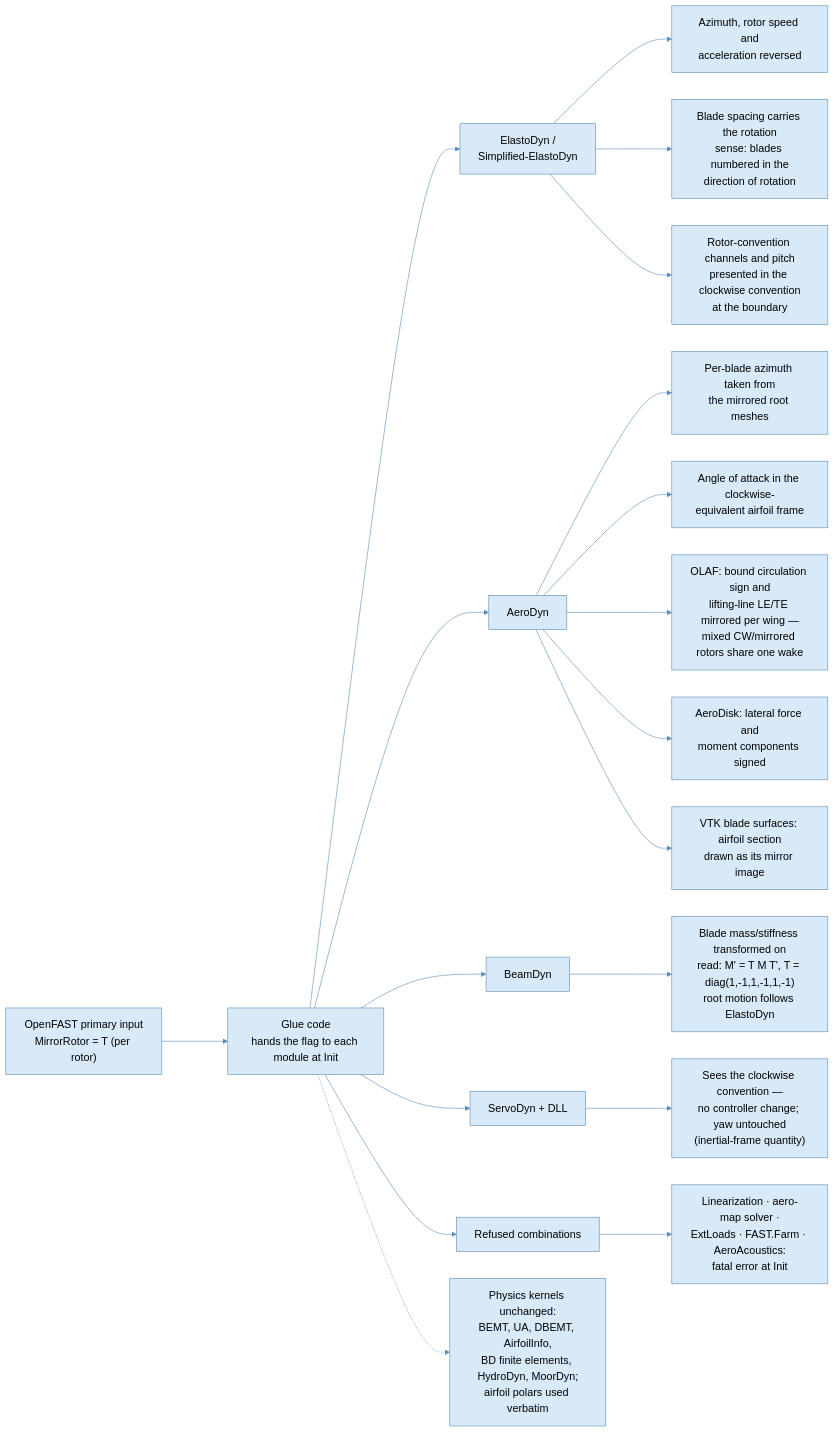
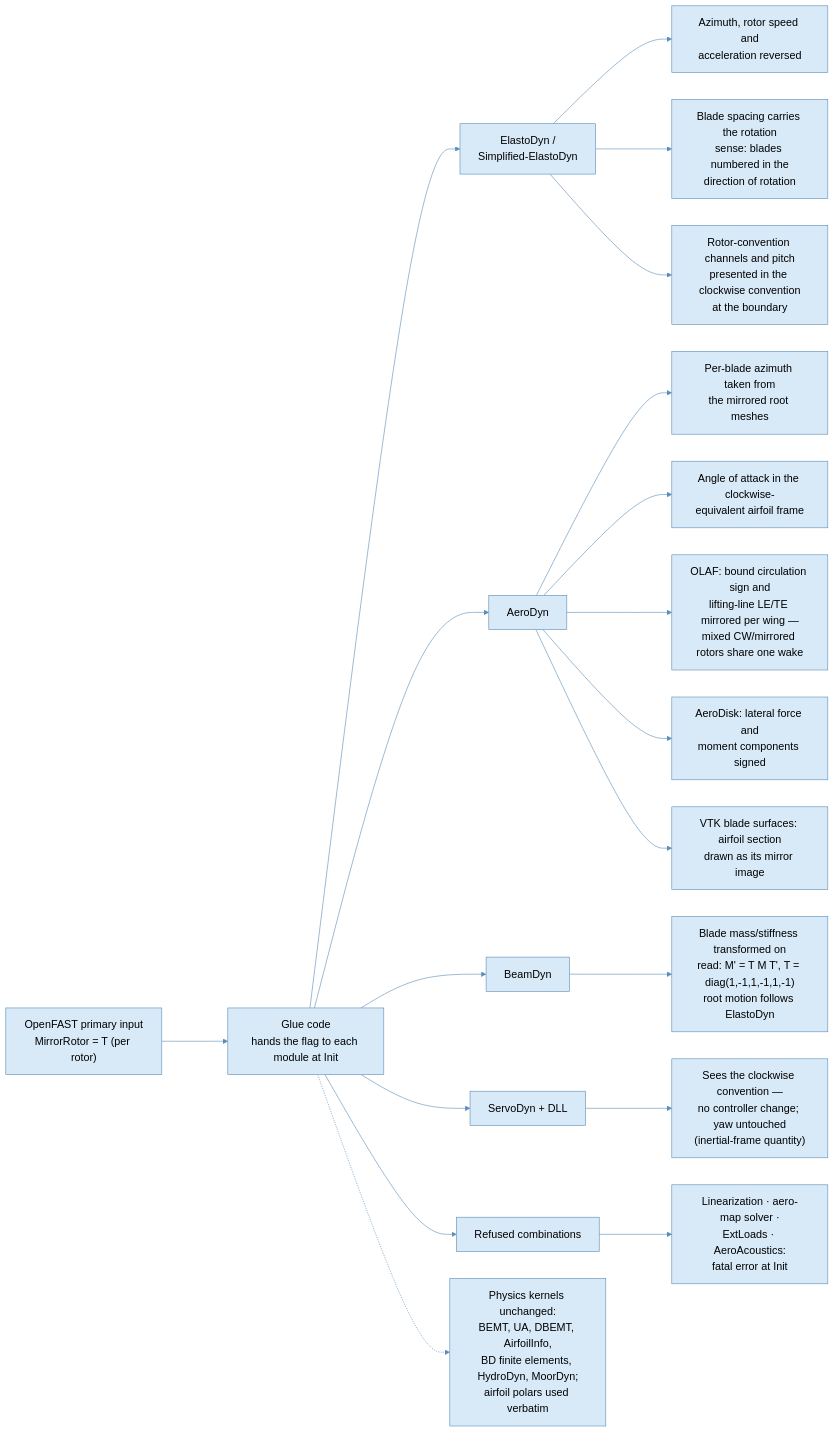
Before and after one commit to OpenFAST/openfast: the diagram in docs/source/user/glue-code/mirror_rotor.rst, drawn with Mermaid. The commit also changed other lines of this file and 6 other files, not shown here.

```diff
--- a/docs/source/user/glue-code/mirror_rotor.rst
+++ b/docs/source/user/glue-code/mirror_rotor.rst
@@ -75,28 +75,28 @@
 .. mermaid::
 
    %%{init: {"theme": "base", "flowchart": {"rankSpacing": 110, "nodeSpacing": 45}, "themeVariables": {"fontSize": "18px", "primaryColor": "#d8e9f7", "primaryTextColor": "#000000", "primaryBorderColor": "#5b8db8", "lineColor": "#5b8db8"}}}%%
    flowchart LR
        FST["OpenFAST primary input<br/>MirrorRotor = T (per rotor)"] --> GLUE["Glue code<br/>hands the flag to each module at Init"]
 
        GLUE --> ED["ElastoDyn /<br/>Simplified-ElastoDyn"]
        GLUE --> AD["AeroDyn"]
        GLUE --> BD["BeamDyn"]
        GLUE --> SRV["ServoDyn + DLL"]
        GLUE --> X["Refused combinations"]
        GLUE -.-> K["Physics kernels unchanged:<br/>BEMT, UA, DBEMT, AirfoilInfo,<br/>BD finite elements, HydroDyn, MoorDyn;<br/>airfoil polars used verbatim"]
 
        ED --> ED1["Azimuth, rotor speed and<br/>acceleration reversed"]
        ED --> ED2["Blade spacing carries the rotation<br/>sense: blades numbered in the<br/>direction of rotation"]
        ED --> ED3["Rotor-convention channels and pitch<br/>presented in the clockwise convention<br/>at the boundary"]
 
        AD --> AD1["Per-blade azimuth taken from<br/>the mirrored root meshes"]
        AD --> AD2["Angle of attack in the clockwise-<br/>equivalent airfoil frame"]
        AD --> AD3["OLAF: bound circulation sign and<br/>lifting-line LE/TE mirrored per wing —<br/>mixed CW/mirrored rotors share one wake"]
        AD --> AD4["AeroDisk: lateral force and<br/>moment components signed"]
        AD --> AD5["VTK blade surfaces: airfoil section<br/>drawn as its mirror image"]
 
        BD --> BD1["Blade mass/stiffness transformed on<br/>read: M' = T M T', T = diag(1,-1,1,-1,1,-1)<br/>root motion follows ElastoDyn"]
 
        SRV --> SRV1["Sees the clockwise convention —<br/>no controller change; yaw untouched<br/>(inertial-frame quantity)"]
 
-       X --> X1["Linearization · aero-map solver ·<br/>ExtLoads · FAST.Farm · AeroAcoustics:<br/>fatal error at Init"]
+       X --> X1["Linearization · aero-map solver ·<br/>ExtLoads · AeroAcoustics:<br/>fatal error at Init"]
```
